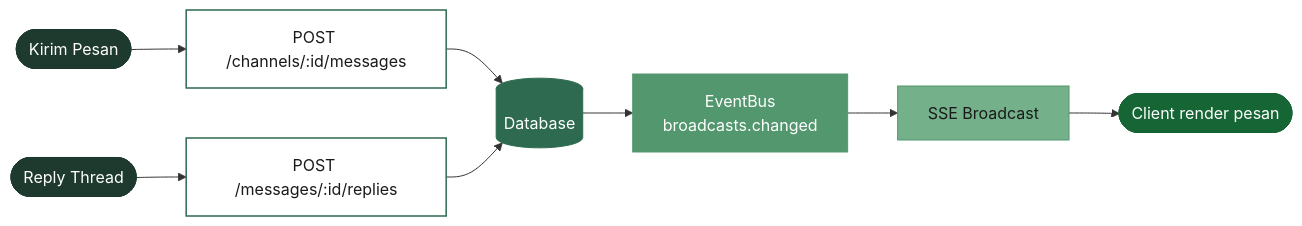
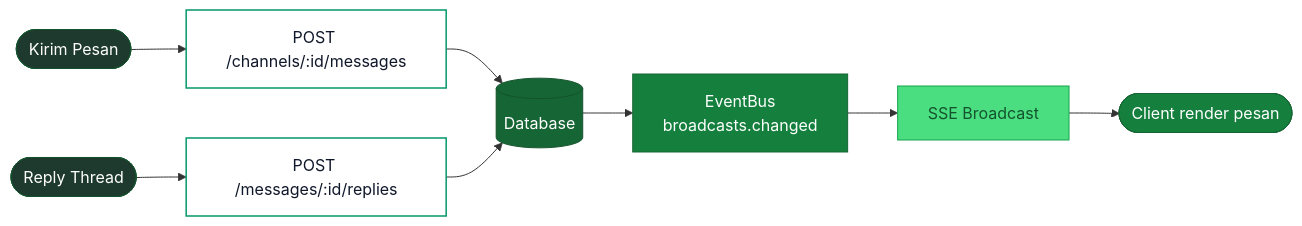
One commit to alifnrmdhn-create/atlas-fullstack changed the eighth of 8 diagrams in docs/ATLAS_PLAYBOOK.md. Above: the diagram before and after it, drawn with Mermaid. The commit also changed other lines of this file and 38 other files, not shown here.

````diff
--- a/docs/ATLAS_PLAYBOOK.md
+++ b/docs/ATLAS_PLAYBOOK.md
@@ -177,17 +235,17 @@
 ```mermaid
 flowchart LR
     KP([Kirim Pesan]):::start --> R1[POST /channels/:id/messages]:::proc
     RT([Reply Thread]):::start --> R2[POST /messages/:id/replies]:::proc
     R1 --> DB[(Database)]:::p1
     R2 --> DB
     DB --> Bus[EventBus\nbroadcasts.changed]:::p2
     Bus --> SSE[SSE Broadcast]:::p3
     SSE --> End([Client render pesan]):::done
 
-    classDef start fill:#1e3a2f,stroke:#1e3a2f,color:#fff
-    classDef done  fill:#166534,stroke:#166534,color:#fff
-    classDef proc  fill:#fff,stroke:#2d6a4f,color:#1a1a1a,stroke-width:1.5px
-    classDef p1    fill:#2d6a4f,stroke:#2d6a4f,color:#fff
-    classDef p2    fill:#52976e,stroke:#52976e,color:#fff
-    classDef p3    fill:#74b08a,stroke:#52976e,color:#1a1a1a
+    classDef start fill:#1e3a2f,stroke:#14532d,color:#ffffff
+    classDef done  fill:#15803d,stroke:#166534,color:#ffffff
+    classDef proc  fill:#ffffff,stroke:#059669,color:#0F172A,stroke-width:1.5px
+    classDef p1    fill:#166534,stroke:#14532d,color:#ffffff
+    classDef p2    fill:#15803d,stroke:#166534,color:#ffffff
+    classDef p3    fill:#4ade80,stroke:#16a34a,color:#14532d
 ```
````
